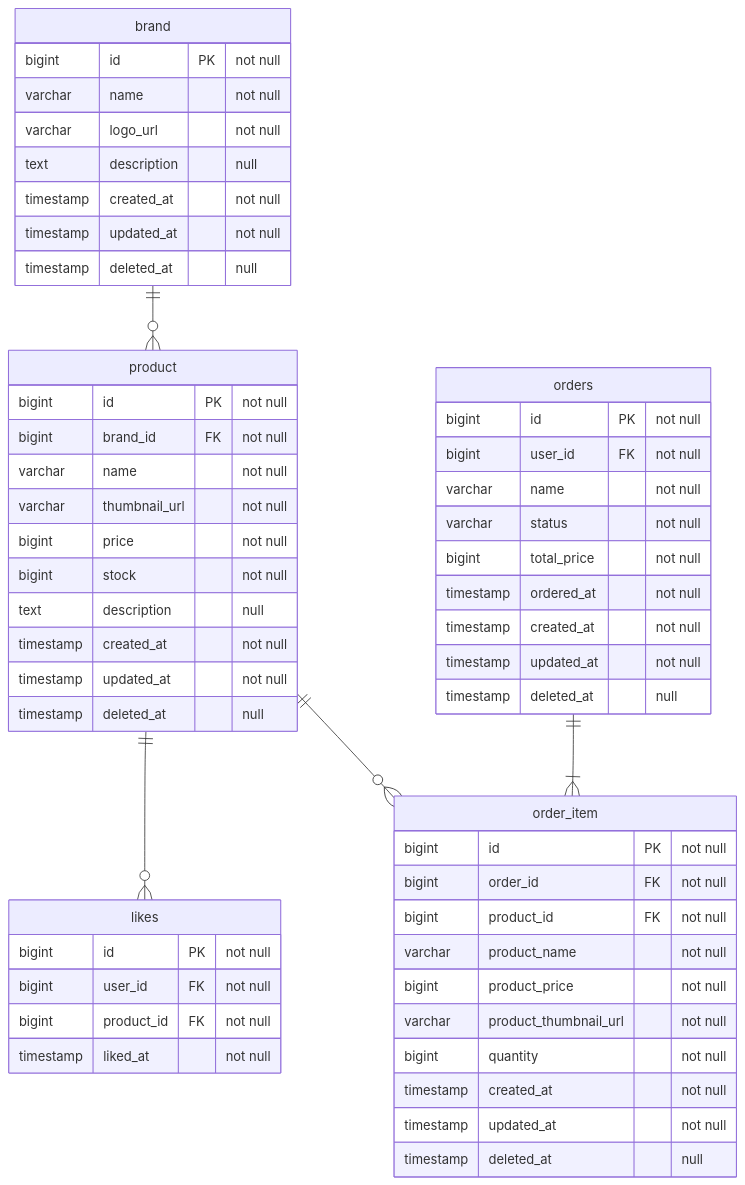
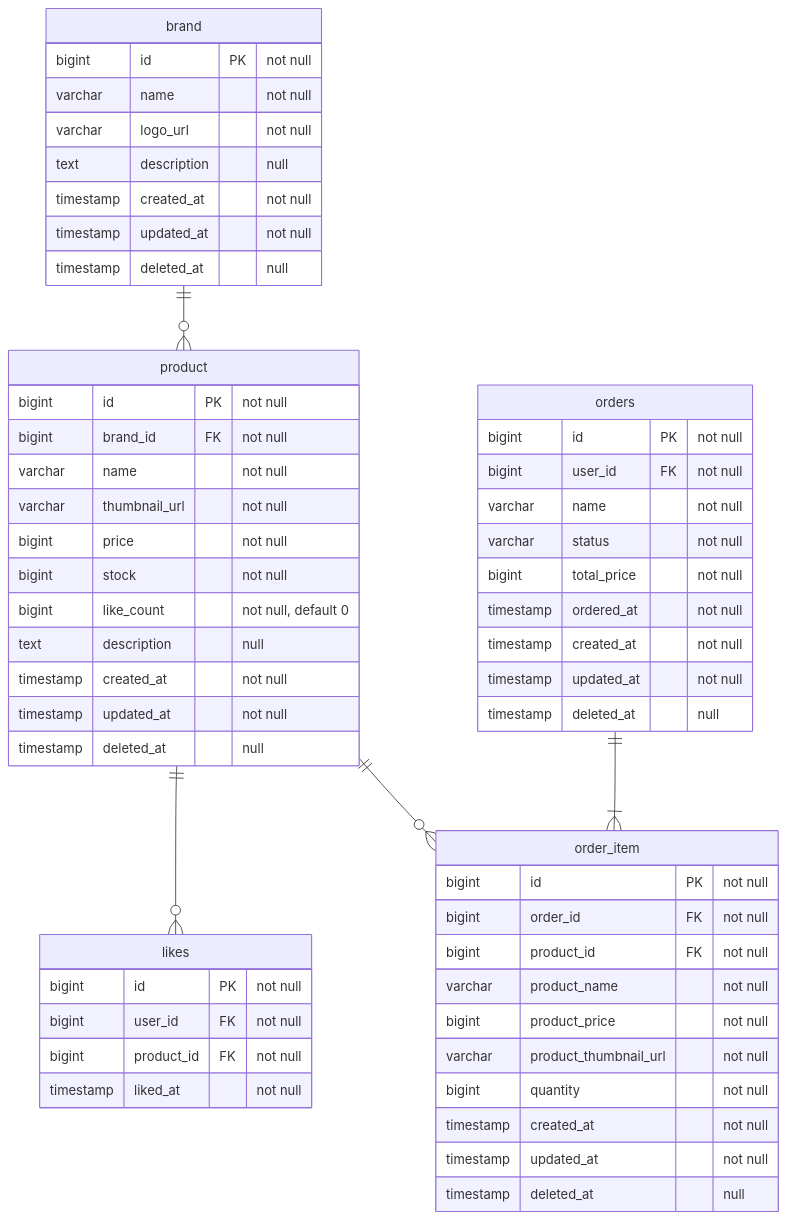
The diagram in .docs/design/04-erd.md (Loopers-dev-lab/loop-pack-be-l2-vol3-java), drawn with Mermaid before and after one commit. The commit also changed other lines of this file and 14 other files, not shown here.

````diff
--- a/.docs/design/04-erd.md
+++ b/.docs/design/04-erd.md
@@ -20,62 +20,63 @@
 ```mermaid
 erDiagram
     product {
         bigint id PK "not null"
         bigint brand_id FK "not null"
         varchar name "not null"
         varchar thumbnail_url "not null"
         bigint price "not null"
         bigint stock "not null"
+        bigint like_count "not null, default 0"
         text description "null"
         timestamp created_at "not null"
         timestamp updated_at "not null"
         timestamp deleted_at "null"
     }
     
     brand {
         bigint id PK "not null"
         varchar name "not null"
         varchar logo_url "not null"
         text description "null"
         timestamp created_at "not null"
         timestamp updated_at "not null"
         timestamp deleted_at "null"
     }
     
     likes {
         bigint id PK "not null"
         bigint user_id FK "not null"
         bigint product_id FK "not null"
         timestamp liked_at "not null"
     }
     
     orders {
         bigint id PK "not null"
         bigint user_id FK "not null"
         varchar name "not null"
         varchar status "not null"
         bigint total_price "not null"
         timestamp ordered_at "not null"
         timestamp created_at "not null"
         timestamp updated_at "not null"
         timestamp deleted_at "null"
     }
     
     order_item {
         bigint id PK "not null"
         bigint order_id FK "not null"
         bigint product_id FK "not null"
         varchar product_name "not null"
         bigint product_price "not null"
         varchar product_thumbnail_url "not null"
         bigint quantity "not null"
         timestamp created_at "not null"
         timestamp updated_at "not null"
         timestamp deleted_at "null"
     }
     
     brand ||--o{ product: ""
     product ||--o{ likes: ""
     product ||--o{ order_item: ""
     orders ||--|{ order_item: ""
 ```
````
